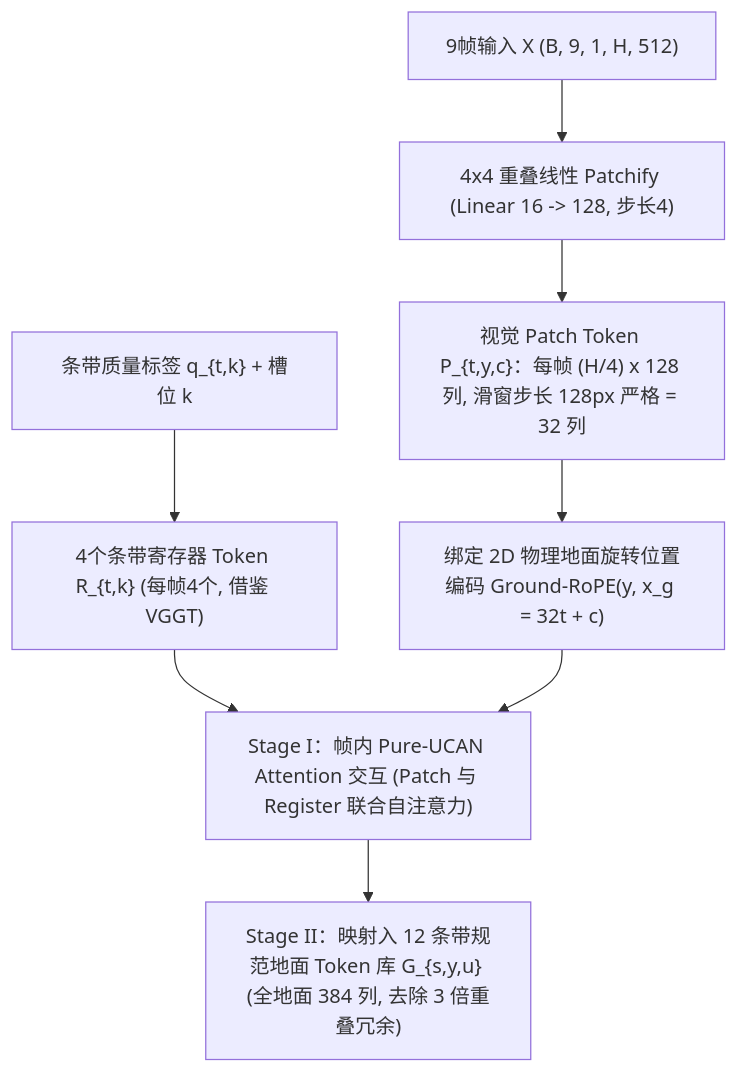
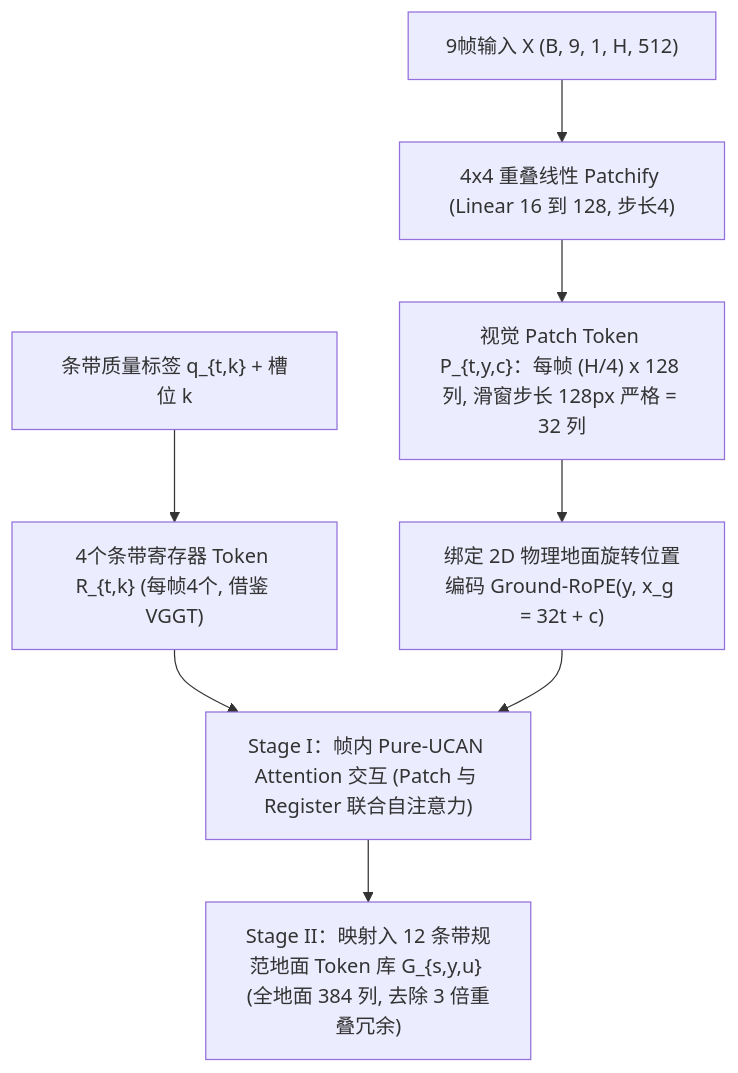
Before and after one commit to deathend110/SAR_Sequence_Restore: the second of 5 diagrams in docs/架构设计B_从基础UCAN与序列恢复重构.md, drawn with Mermaid. The commit also changed other lines of this file and 1 other file, not shown here.

Commit message:
修复两份架构设计文档在Typora中的公式与Mermaid渲染语法错误

````diff
--- a/docs/架构设计B_从基础UCAN与序列恢复重构.md
+++ b/docs/架构设计B_从基础UCAN与序列恢复重构.md
@@ -41,10 +41,10 @@
 ```mermaid
-flowchart TD
-    IMG["9帧输入 X (B, 9, 1, H, 512)"] --> PATCH["4x4 重叠线性 Patchify (Linear 16 -> 128, 步长4)"]
+graph TD
+    IMG["9帧输入 X (B, 9, 1, H, 512)"] --> PATCH["4x4 重叠线性 Patchify (Linear 16 到 128, 步长4)"]
     PATCH --> PTOK["视觉 Patch Token P_{t,y,c}：每帧 (H/4) x 128 列, 滑窗步长 128px 严格 = 32 列"]
     META["条带质量标签 q_{t,k} + 槽位 k"] --> RTOK["4个条带寄存器 Token R_{t,k} (每帧4个, 借鉴 VGGT)"]
     PTOK --> GROPE["绑定 2D 物理地面旋转位置编码 Ground-RoPE(y, x_g = 32t + c)"]
     RTOK --> ENC["Stage I：帧内 Pure-UCAN Attention 交互 (Patch 与 Register 联合自注意力)"]
     GROPE --> ENC
     ENC --> GLAT["Stage II：映射入 12 条带规范地面 Token 库 G_{s,y,u} (全地面 384 列, 去除 3 倍重叠冗余)"]
 ```
````
